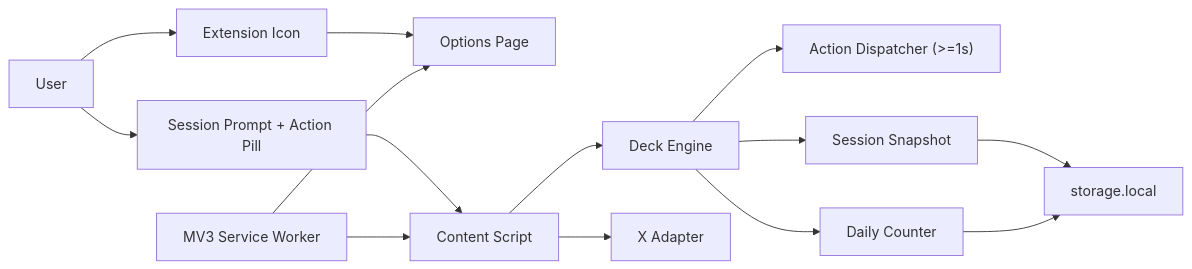
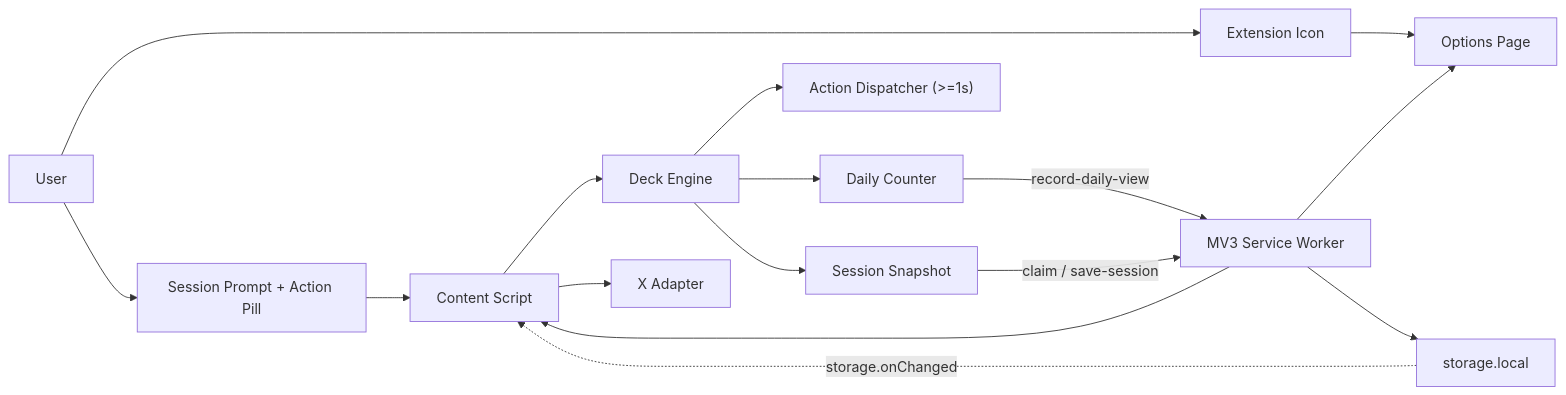
One commit to makeavish/FocusDeck changed the first of 2 diagrams in docs/architecture.md. Above: the diagram before and after it, drawn with Mermaid. The commit also changed other lines of this file and 43 other files, not shown here.

````diff
--- a/docs/architecture.md
+++ b/docs/architecture.md
@@ -9,16 +9,18 @@
 ```mermaid
 flowchart LR
     User["User"] --> Toolbar["Extension Icon"]
     Toolbar --> Settings["Options Page"]
     User --> Overlay["Session Prompt + Action Pill"]
     Overlay --> CS["Content Script"]
     BG["MV3 Service Worker"] --> Settings
     BG --> CS
     CS --> Engine["Deck Engine"]
     CS --> XAdapter["X Adapter"]
     Engine --> Dispatcher["Action Dispatcher (>=1s)"]
     Engine --> Daily["Daily Counter"]
     Engine --> Snapshot["Session Snapshot"]
-    Snapshot --> LocalStore["storage.local"]
-    Daily --> LocalStore
+    Daily -->|record-daily-view| BG
+    Snapshot -->|claim / save-session| BG
+    BG --> LocalStore["storage.local"]
+    LocalStore -.->|storage.onChanged| CS
 ```
````
